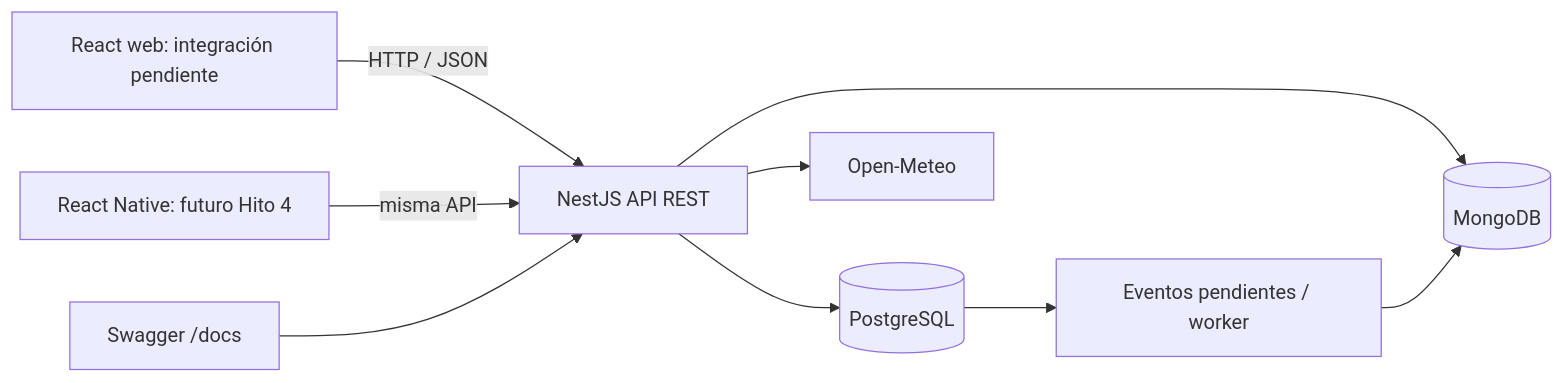
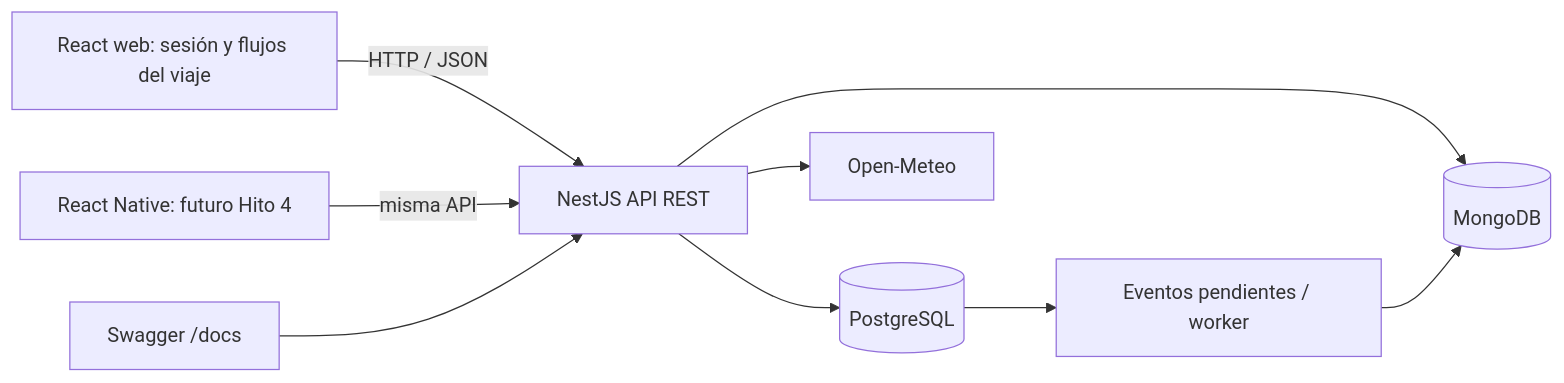
One commit to marycodder/viajes changed the diagram in README.md. Above: the diagram before and after it, drawn with Mermaid. The commit also changed other lines of this file and 39 other files, not shown here.

````diff
--- a/README.md
+++ b/README.md
@@ -35,11 +39,11 @@
 ```mermaid
 flowchart LR
-  Web[React web: integración pendiente] -->|HTTP / JSON| API[NestJS API REST]
+  Web[React web: sesión y flujos del viaje] -->|HTTP / JSON| API[NestJS API REST]
   Mobile[React Native: futuro Hito 4] -->|misma API| API
   Swagger[Swagger /docs] --> API
   API --> SQL[(PostgreSQL)]
   API --> Mongo[(MongoDB)]
   API --> Weather[Open-Meteo]
   SQL --> Outbox[Eventos pendientes / worker]
   Outbox --> Mongo
 ```
````
